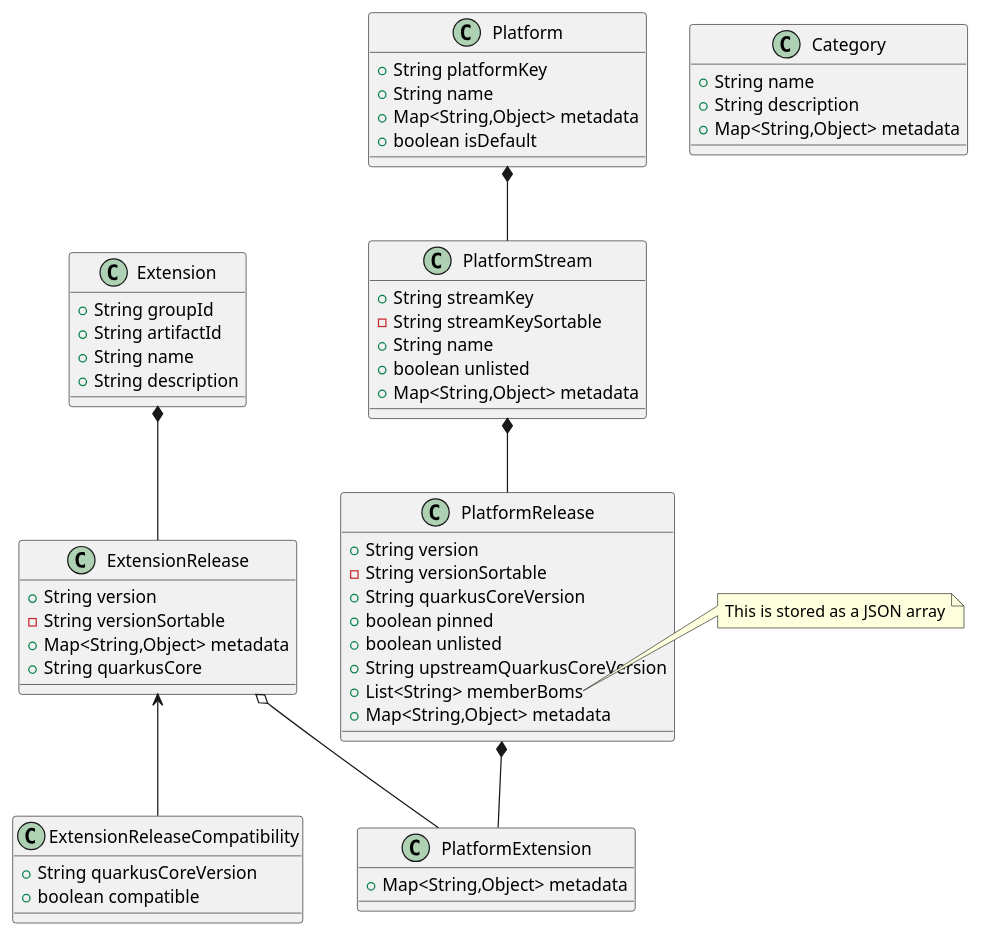
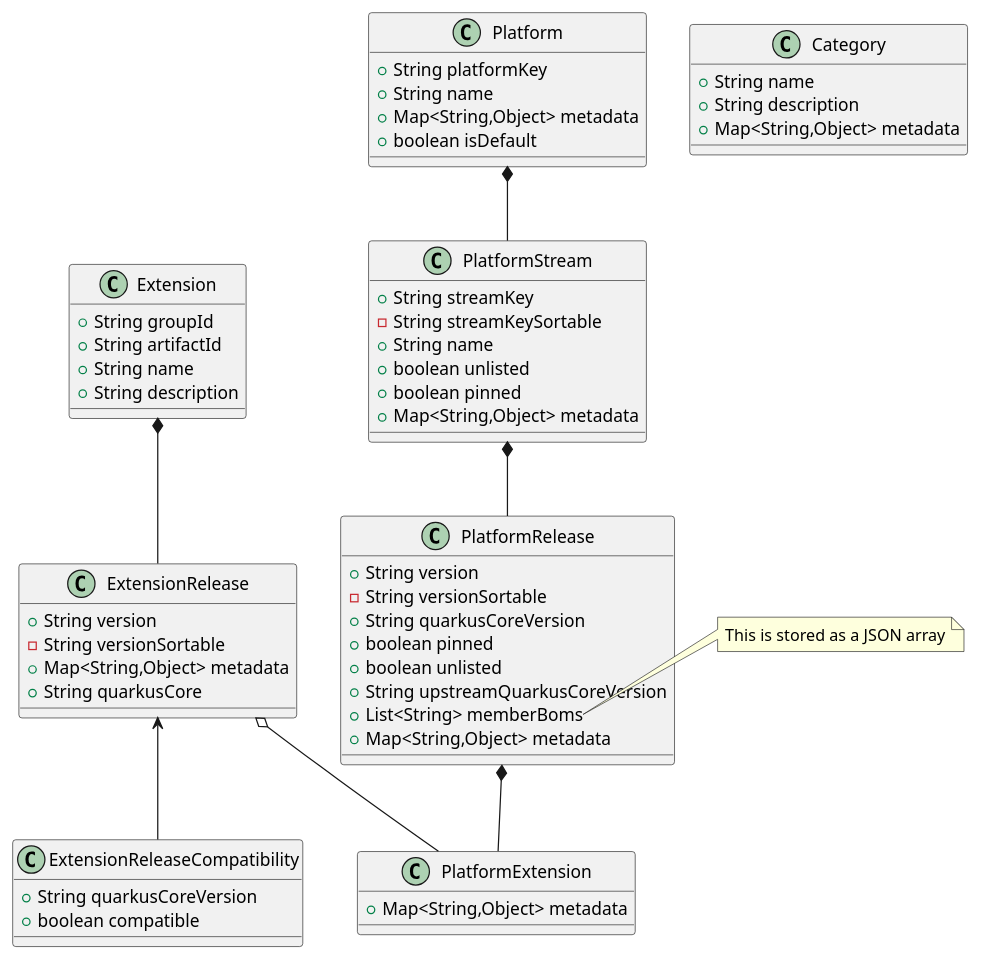
The diagram in docs/model.puml (quarkusio/registry.quarkus.io), drawn with PlantUML before and after one commit. The commit also changed 5 other files, not shown here.

```diff
--- a/docs/model.puml
+++ b/docs/model.puml
@@ -1,68 +1,69 @@
 @startuml
 class Platform {
   + String platformKey
   + String name
   + Map<String,Object> metadata
   + boolean isDefault
 }
 
 class PlatformStream {
   + String streamKey
   - String streamKeySortable
   + String name
   + boolean unlisted
+  + boolean pinned
   + Map<String,Object> metadata
 }
 
 class PlatformRelease {
   + String version
   - String versionSortable
   + String quarkusCoreVersion
   + boolean pinned
   + boolean unlisted
   + String upstreamQuarkusCoreVersion
   + List<String> memberBoms
   + Map<String,Object> metadata
 }
 
 class PlatformExtension {
   + Map<String,Object> metadata
 }
 
 class Extension {
   + String groupId
   + String artifactId
   + String name
   + String description
 }
 
 class ExtensionRelease {
   + String version
   - String versionSortable
   + Map<String,Object> metadata
   + String quarkusCore
 }
 
 class Category {
   + String name
   + String description
   + Map<String,Object> metadata
 }
 
 class ExtensionReleaseCompatibility {
   + String quarkusCoreVersion
   + boolean compatible
 }
 
 note right of PlatformRelease::memberBoms
   This is stored as a JSON array
 end note
 
 Platform         *-- PlatformStream
 PlatformStream   *-- PlatformRelease
 PlatformRelease  *-- PlatformExtension
 
 Extension        *-- ExtensionRelease
 ExtensionRelease o-- PlatformExtension
 ExtensionRelease <-- ExtensionReleaseCompatibility
 @enduml
```
